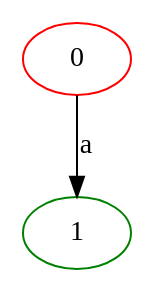
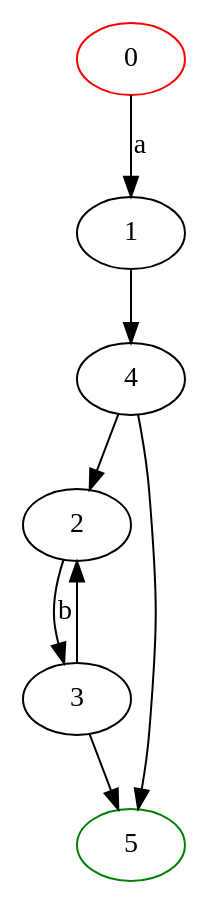
One commit to aboubacardiawara/DAAR changed the diagram in tme1/regex/epsilonAutomate.dot. Above: the diagram before and after it, drawn with Graphviz. The commit also changed 4 other files, not shown here.

```diff
--- a/tme1/regex/epsilonAutomate.dot
+++ b/tme1/regex/epsilonAutomate.dot
@@ -1,5 +1,13 @@
 digraph {
 	0 [color="red"]
 	0 -> 1 [label="a"]
-	1 [color="green"]
+	1 -> 4 [label=""]
+	4 -> 2 [label=""]
+	2 -> 3 [label="b"]
+	5 [color="green"]
+	3 -> 5 [label=""]
+	5 [color="green"]
+	3 -> 2 [label=""]
+	5 [color="green"]
+	4 -> 5 [label=""]
 }
```
